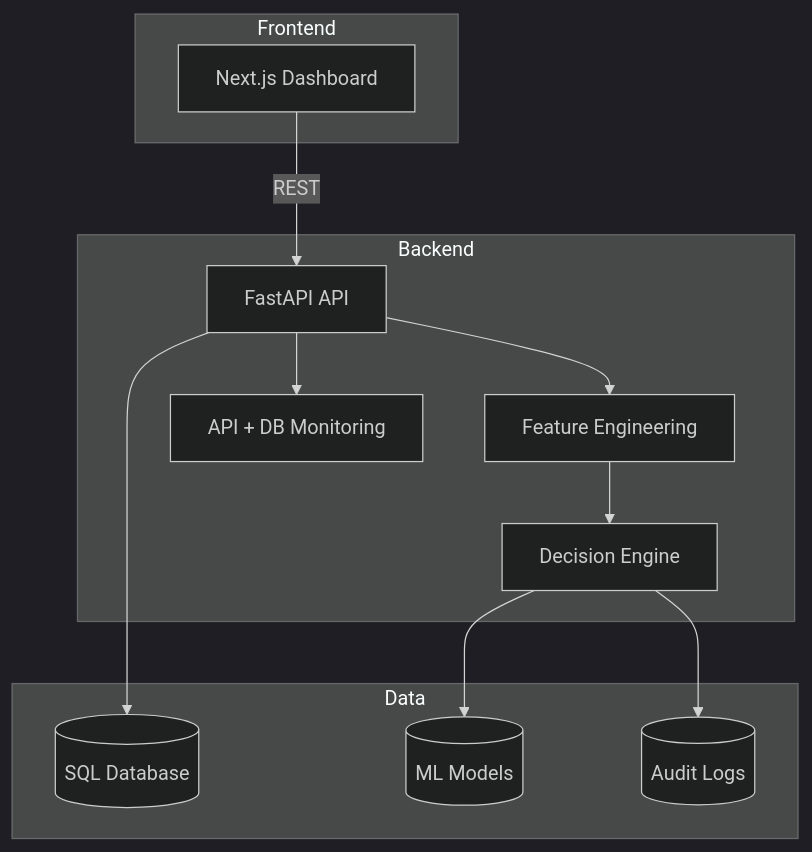
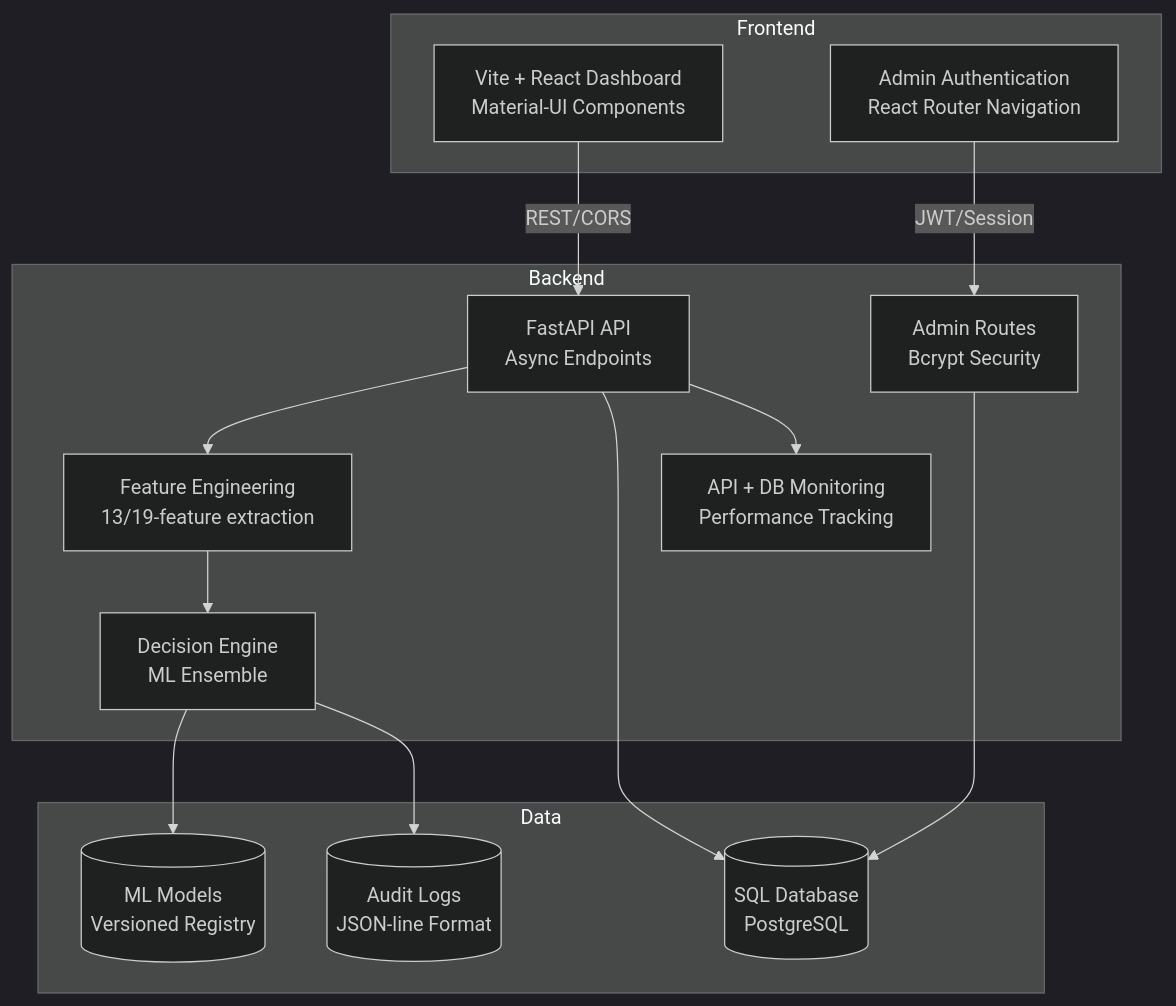
One commit to SUKUNA1V1/RAPTORX changed the first of 5 diagrams in README.md. Above: the diagram before and after it, drawn with Mermaid (dark theme). The commit also changed other lines of this file and 689 other files, not shown here.

````diff
--- a/README.md
+++ b/README.md
@@ -53,27 +386,31 @@
 ```mermaid
 graph TD
   subgraph Frontend
-    UI[Next.js Dashboard]
+    UI[Vite + React Dashboard<br/>Material-UI Components]
+    Auth[Admin Authentication<br/>React Router Navigation]
   end
 
   subgraph Backend
-    API[FastAPI API]
-    DE[Decision Engine]
-    FE[Feature Engineering]
-    OBS[API + DB Monitoring]
+    API[FastAPI API<br/>Async Endpoints]
+    DE[Decision Engine<br/>ML Ensemble]
+    FE[Feature Engineering<br/>13/19-feature extraction]
+    OBS[API + DB Monitoring<br/>Performance Tracking]
+    Auth_BE[Admin Routes<br/>Bcrypt Security]
   end
 
   subgraph Data
-    DB[(SQL Database)]
-    MODELS[(ML Models)]
-    LOGS[(Audit Logs)]
+    DB[(SQL Database<br/>PostgreSQL)]
+    MODELS[(ML Models<br/>Versioned Registry)]
+    LOGS[(Audit Logs<br/>JSON-line Format)]
   end
 
-  UI -->|REST| API
+  UI -->|REST/CORS| API
+  Auth -->|JWT/Session| Auth_BE
   API --> FE
   FE --> DE
   DE --> MODELS
   API --> DB
+  Auth_BE --> DB
   DE --> LOGS
   API --> OBS
 ```
````
